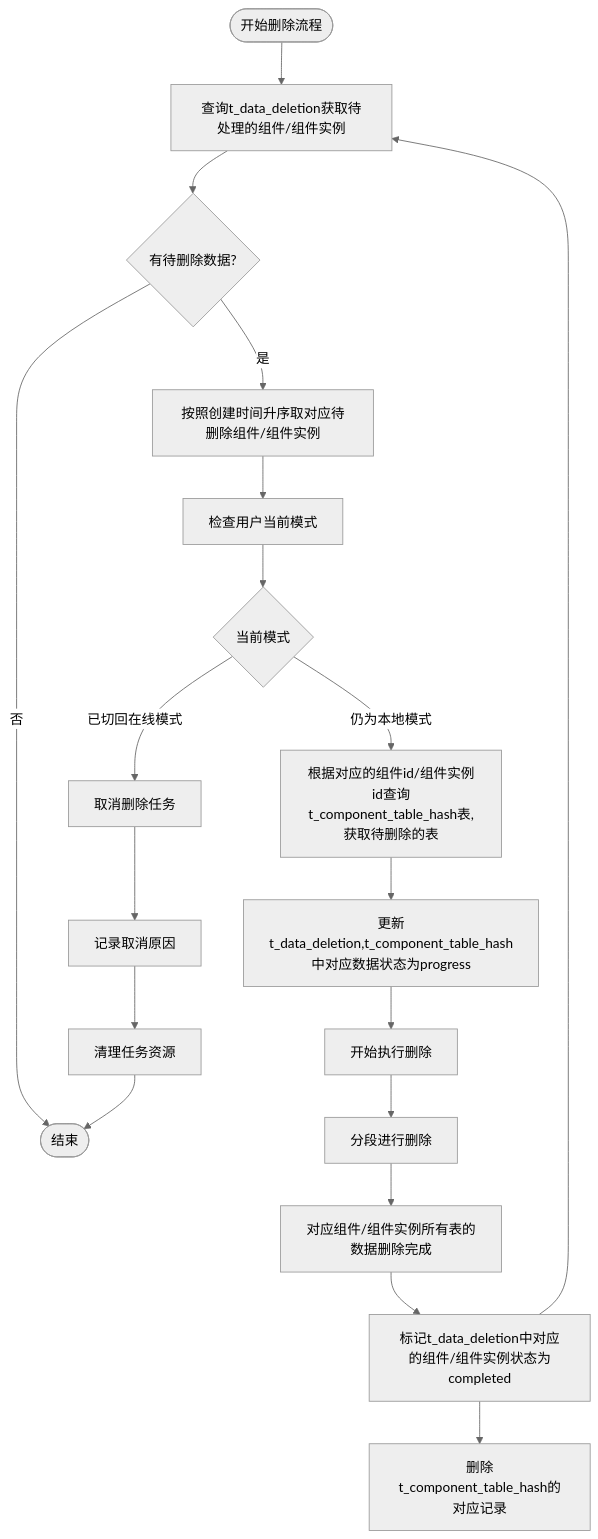
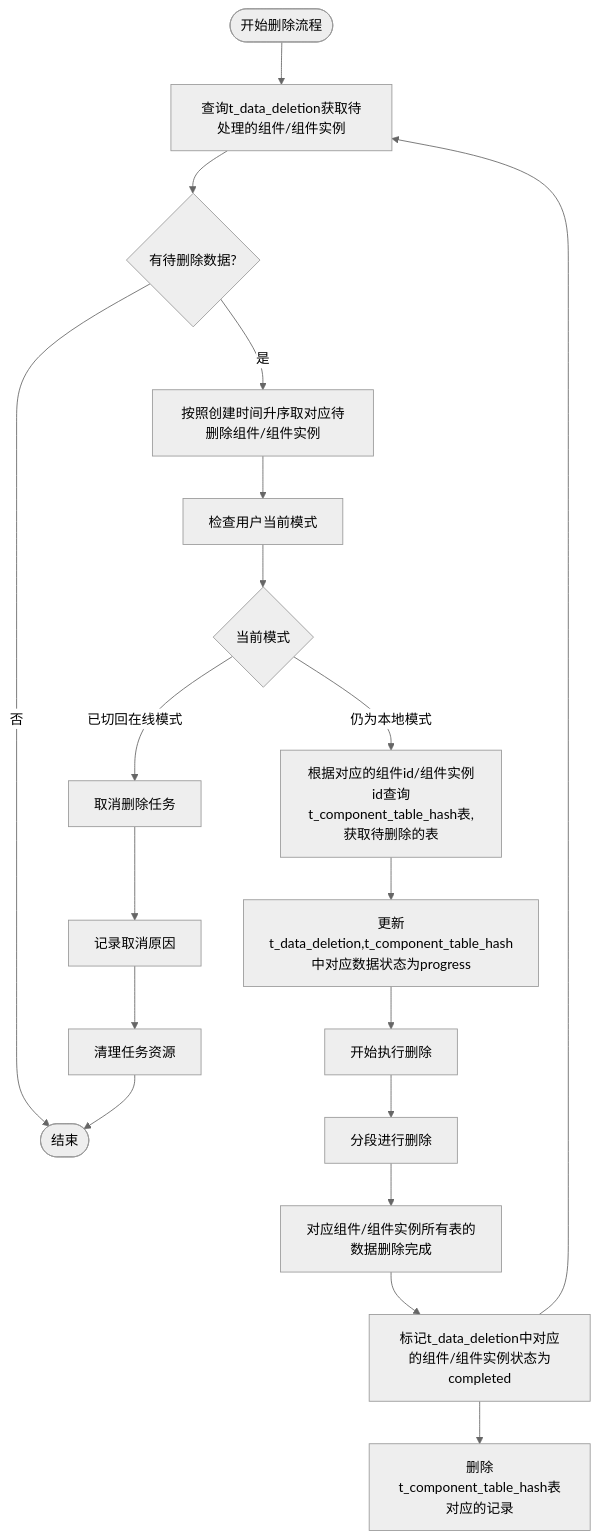
The diagram in all/未命名-51.md (yingjianzh/iodraw-files), drawn with Mermaid (neutral theme) before and after one commit.

Commit message:
2025-05-08 15:49:23 update

````diff
--- a/all/未命名-51.md
+++ b/all/未命名-51.md
@@ -1,30 +1,30 @@
 ```mermaid
 flowchart TD
     Start([开始删除流程]) --> FetchTasks[查询t_data_deletion获取待处理的组件/组件实例]
     FetchTasks --> HasTasks{有待删除数据?}
     
     HasTasks -->|否| End([结束])
     HasTasks -->|是| PrioritizeTasks[按照创建时间升序取对应待删除组件/组件实例]
     
     PrioritizeTasks --> CheckUserMode[检查用户当前模式]
     
     CheckUserMode --> CurrentMode{当前模式}
     CurrentMode -->|已切回在线模式| TaskCancel[取消删除任务]
     CurrentMode -->|仍为本地模式| LockTask[根据对应的组件id/组件实例id查询t_component_table_hash表,获取待删除的表]
     
     LockTask --> UpdateStatus[更新t_data_deletion,t_component_table_hash中对应数据状态为progress]
     UpdateStatus --> BeginDeletion[开始执行删除]
     
     BeginDeletion --> A[分段进行删除]
     
     A --> B[对应组件/组件实例所有表的数据删除完成]
     B --> MarkCompleted[标记t_data_deletion中对应的组件/组件实例状态为completed]
     
-    MarkCompleted --> MarkHash[删除t_component_table_hash的对应记录]
+    MarkCompleted --> MarkHash[删除t_component_table_hash表对应的记录]
     
     TaskCancel --> LogCancellation[记录取消原因]
     LogCancellation --> CleanupTask[清理任务资源]
     
     MarkCompleted --> FetchTasks
     CleanupTask --> End
 ```
````
